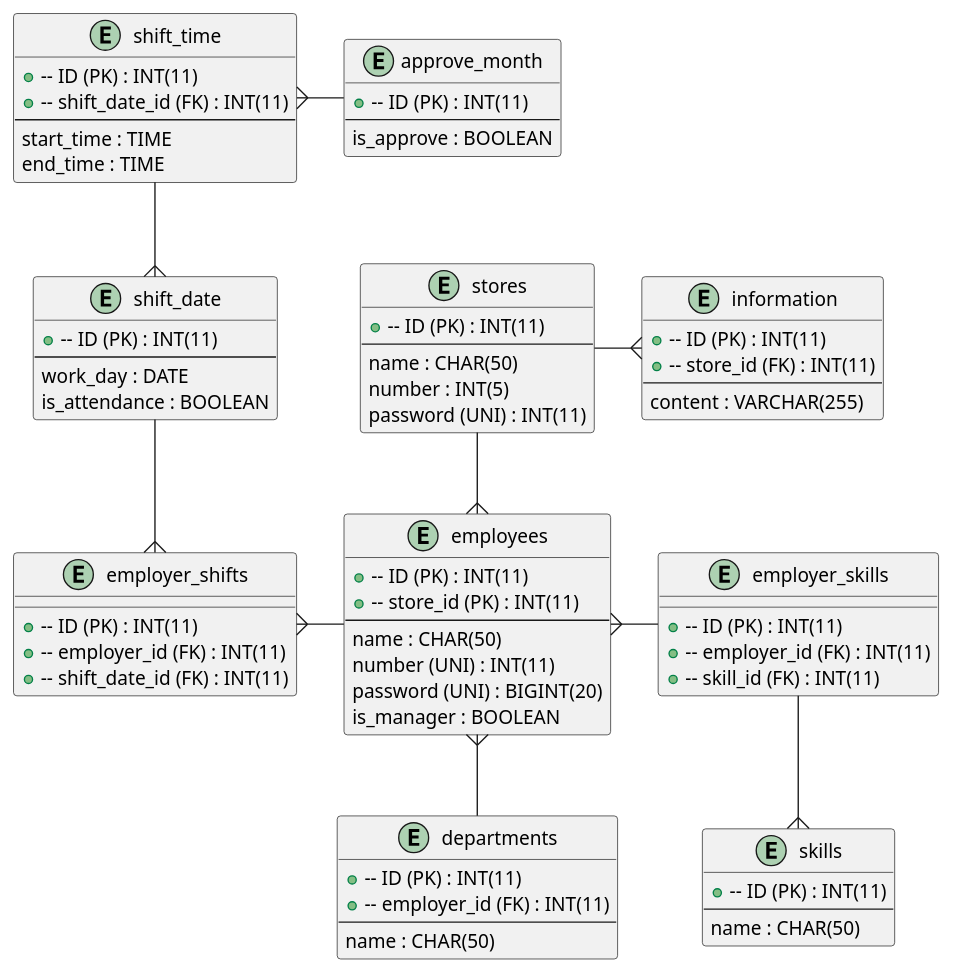
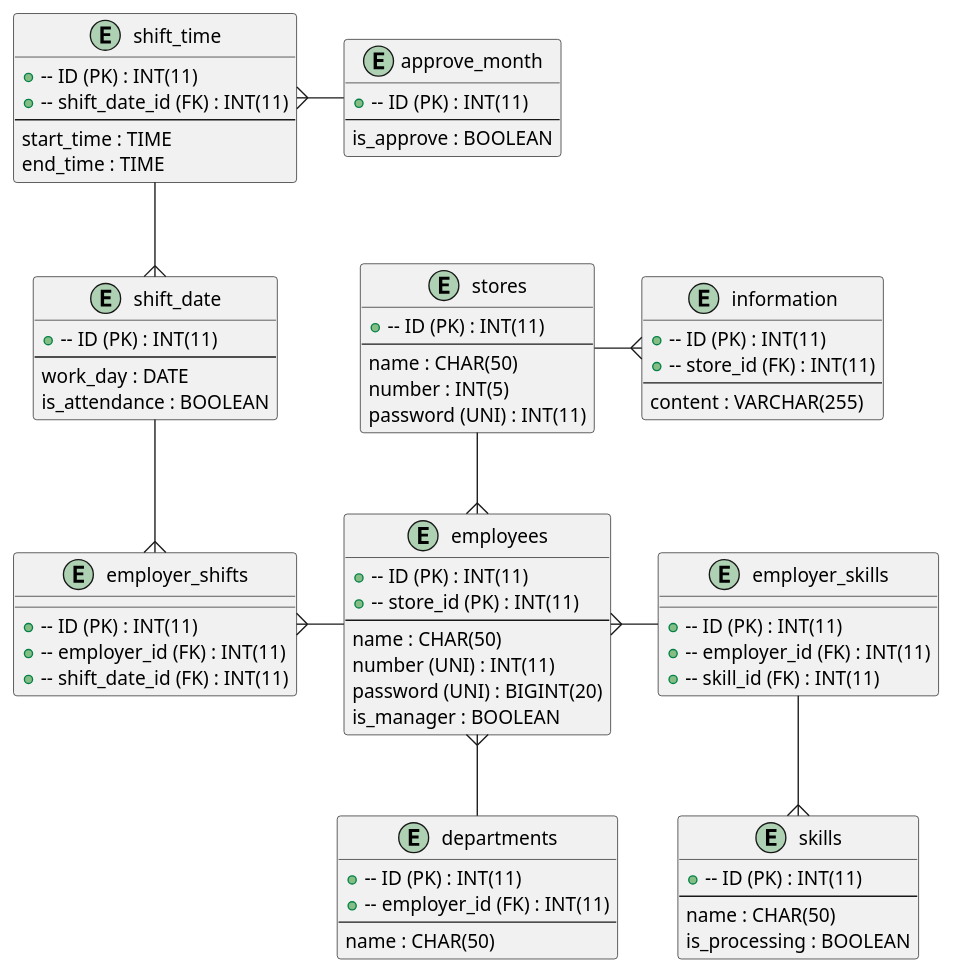
Before and after one commit to kokimoriguchi/portfolio_detail: the diagram in ER.pu, drawn with PlantUML. The commit also changed 2 other files, not shown here.

```diff
--- a/ER.pu
+++ b/ER.pu
@@ -1,91 +1,92 @@
 @startuml ER
 
 entity "employees" as employees {
   +-- ID (PK) : INT(11)
   +-- store_id (PK) : INT(11)
   --
   name : CHAR(50)
   number (UNI) : INT(11)
   password (UNI) : BIGINT(20)
   is_manager : BOOLEAN
 }
 
 ' entity "managers" as managers {
 '   +-- ID (PK) : INT(11)
 '   --
 '   name : CHAR(50)
 '   number (UNI) : INT(11)
 '   password (UNI) : BIGINT(20)
 ' }
 
 entity "shift_time" as shift_time {
   +-- ID (PK) : INT(11)
   +-- shift_date_id (FK) : INT(11)
   --
   start_time : TIME
   end_time : TIME
 }
 
 entity "shift_date" as shift_date {
   +-- ID (PK) : INT(11)
   --
   work_day : DATE
   is_attendance : BOOLEAN
 }
 
 entity "employer_shifts" as employer_shifts {
   +-- ID (PK) : INT(11)
   +-- employer_id (FK) : INT(11)
   +-- shift_date_id (FK) : INT(11)
 }
 
 entity "approve_month" as approve_month {
   +-- ID (PK) : INT(11)
   --
   is_approve : BOOLEAN
 }
 
 entity "departments" as departments {
   +-- ID (PK) : INT(11)
   +-- employer_id (FK) : INT(11)
   --
   name : CHAR(50)
 }
 
 entity "skills" as skills {
   +-- ID (PK) : INT(11)
   --
   name : CHAR(50)
+  is_processing : BOOLEAN
 }
 
 entity "employer_skills" as employer_skills {
   +-- ID (PK) : INT(11)
   +-- employer_id (FK) : INT(11)
   +-- skill_id (FK) : INT(11)
 }
 
 entity "stores" as stores {
   +-- ID (PK) : INT(11)
   --
   name : CHAR(50)
   number : INT(5)
   password (UNI) : INT(11)
 }
 
 entity "information" as information {
   +-- ID (PK) : INT(11)
   +-- store_id (FK) : INT(11)
   --
   content : VARCHAR(255)
 }
 stores -r-{ information
 stores -d-{ employees
 employees -l-{ employer_shifts
 employer_shifts }-u- shift_date
 shift_time --{ shift_date
 employer_skills -l-{ employees
 employer_skills --{ skills
 departments -u-{ employees
 approve_month -l-{ shift_time
 
 @enduml
```
